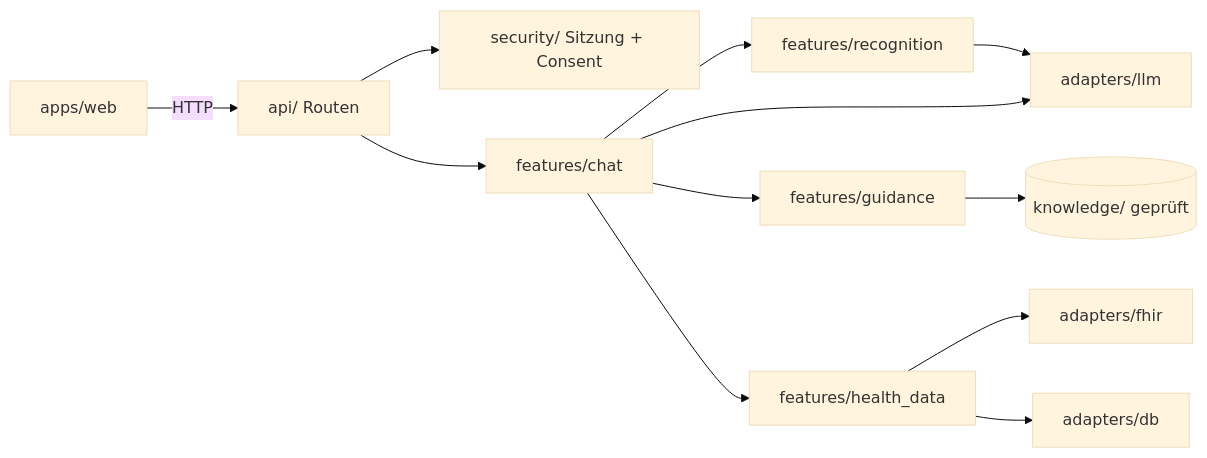
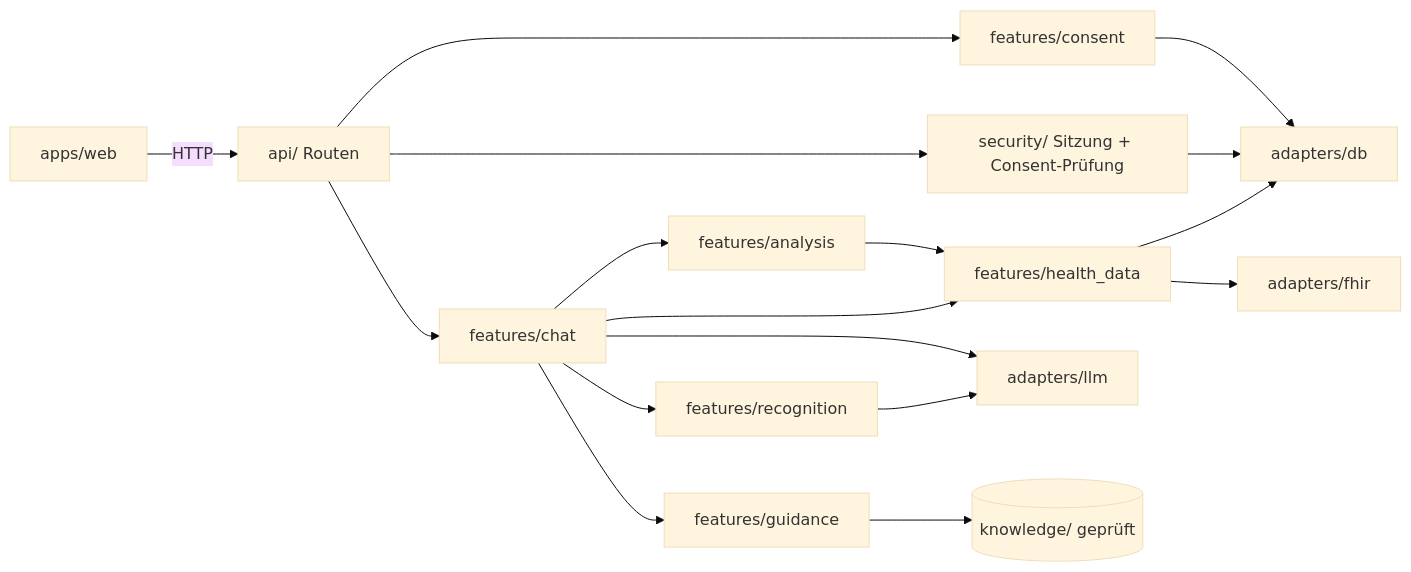
The diagram in docs/Architektur.md (Afakani/VitaSync), drawn with Mermaid (base theme) before and after one commit. The commit also changed other lines of this file and 8 other files, not shown here.

First line of the commit message:
DOC-001: align agent rules with architecture and findings

````diff
--- a/docs/Architektur.md
+++ b/docs/Architektur.md
@@ -11,14 +11,19 @@
 ```mermaid
 flowchart LR
   W[apps/web] -->|HTTP| R[api/ Routen]
-  R --> S[security/ Sitzung + Consent]
+  R --> S[security/ Sitzung + Consent-Prüfung]
+  R --> CO[features/consent]
   R --> C[features/chat]
   C --> REC[features/recognition]
   C --> G[features/guidance]
   C --> H[features/health_data]
+  C --> A[features/analysis]
   REC --> LLM[adapters/llm]
   G --> K[(knowledge/ geprüft)]
   H --> F[adapters/fhir]
   H --> DB[adapters/db]
+  A --> H
+  S --> DB
+  CO --> DB
   C --> LLM
 ```
````
